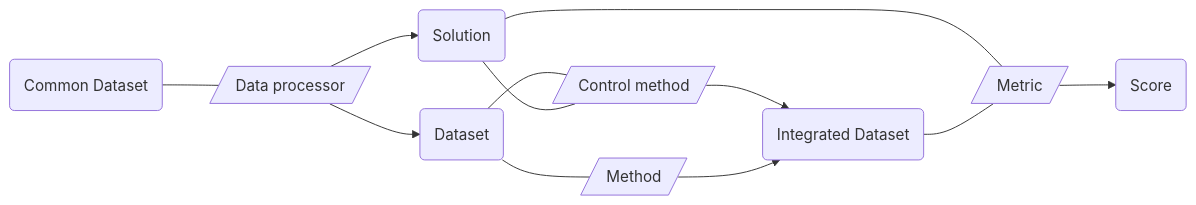
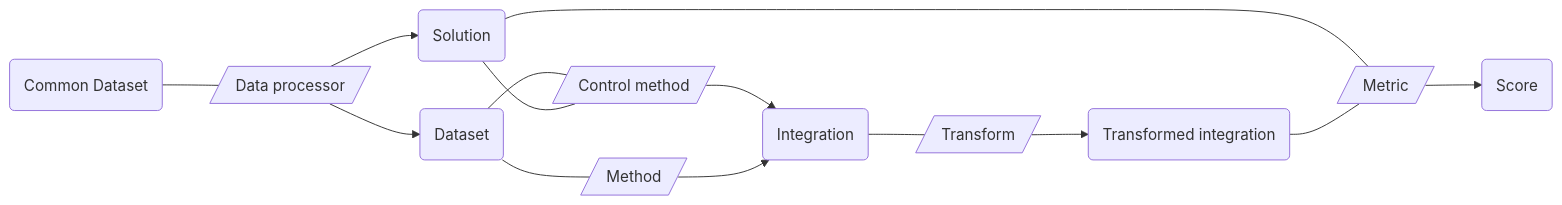
One commit to shaked428/task_batch_integration changed the diagram in README.md. Above: the diagram before and after it, drawn with Mermaid. The commit also changed other lines of this file and 4 other files, not shown here.

````diff
--- a/README.md
+++ b/README.md
@@ -61,23 +61,27 @@
 ``` mermaid
 flowchart LR
   file_common_dataset("Common Dataset")
   comp_process_dataset[/"Data processor"/]
   file_dataset("Dataset")
   file_solution("Solution")
   comp_control_method[/"Control method"/]
   comp_method[/"Method"/]
   comp_metric[/"Metric"/]
-  file_integrated("Integrated Dataset")
+  file_integrated("Integration")
   file_score("Score")
+  comp_transformer[/"Transform"/]
+  file_integrated_full("Transformed integration")
   file_common_dataset---comp_process_dataset
   comp_process_dataset-->file_dataset
   comp_process_dataset-->file_solution
   file_dataset---comp_control_method
   file_dataset---comp_method
   file_solution---comp_control_method
   file_solution---comp_metric
   comp_control_method-->file_integrated
   comp_method-->file_integrated
   comp_metric-->file_score
-  file_integrated---comp_metric
+  file_integrated---comp_transformer
+  comp_transformer-->file_integrated_full
+  file_integrated_full---comp_metric
 ```
````
